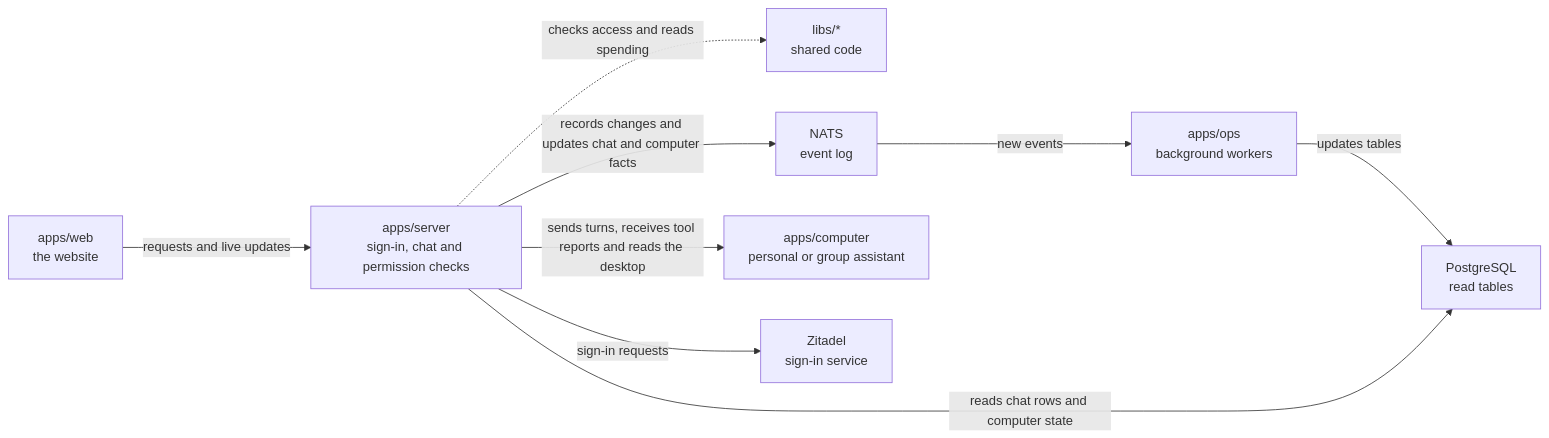
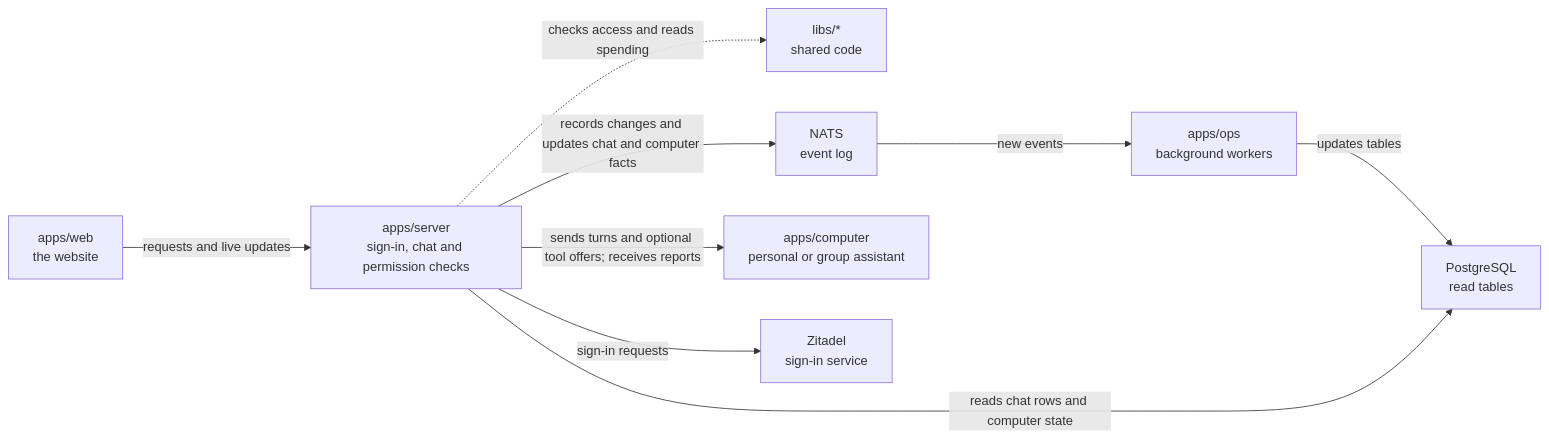
One commit to elewa-git/opencrane-new changed the diagram in apps/server/README.md. Above: the diagram before and after it, drawn with Mermaid. The commit also changed other lines of this file and 5 other files, not shown here.

Commit message:
🧰 Keep chat turns flowing when tool offers fail

````diff
--- a/apps/server/README.md
+++ b/apps/server/README.md
@@ -11,11 +11,11 @@
 ```mermaid
 flowchart LR
   web["apps/web<br/>the website"] -->|requests and live updates| server["apps/server<br/>sign-in, chat and permission checks"]
   server -.->|checks access and reads spending| libs["libs/*<br/>shared code"]
   server -->|records changes and updates chat and computer facts| nats["NATS<br/>event log"]
   nats -->|new events| ops["apps/ops<br/>background workers"]
   ops -->|updates tables| postgres["PostgreSQL<br/>read tables"]
   server -->|reads chat rows and computer state| postgres
-  server -->|sends turns, receives tool reports and reads the desktop| computer["apps/computer<br/>personal or group assistant"]
+  server -->|sends turns and optional tool offers; receives reports| computer["apps/computer<br/>personal or group assistant"]
   server -->|sign-in requests| zitadel["Zitadel<br/>sign-in service"]
 ```
````
